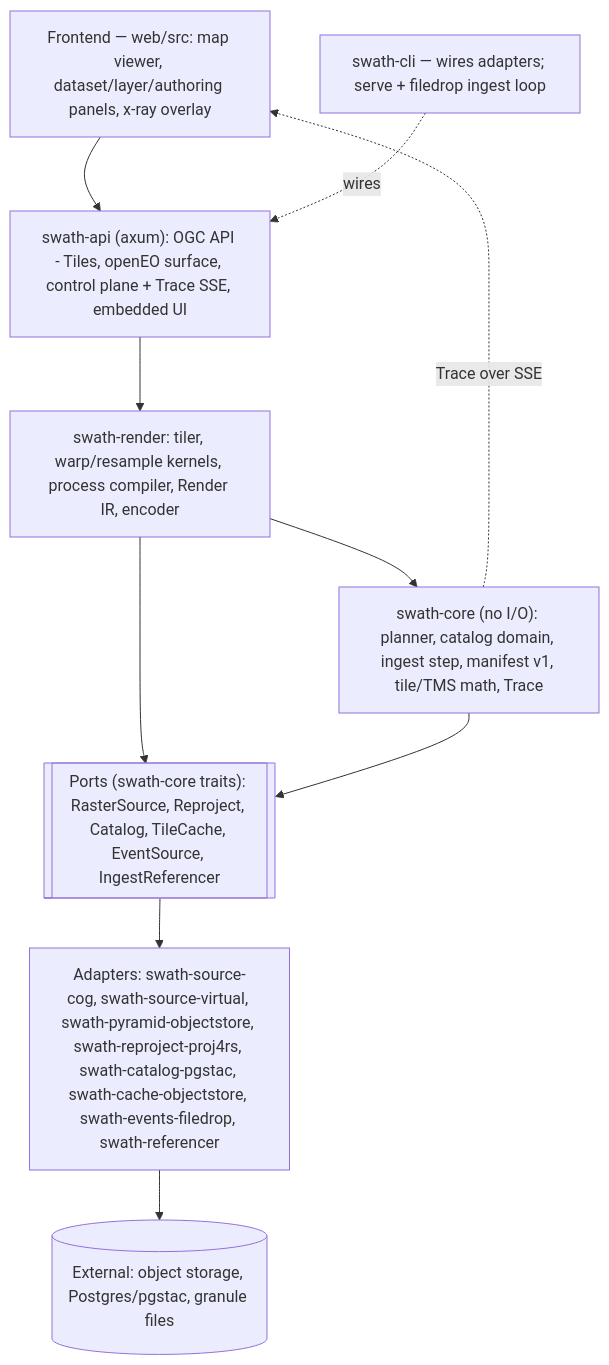
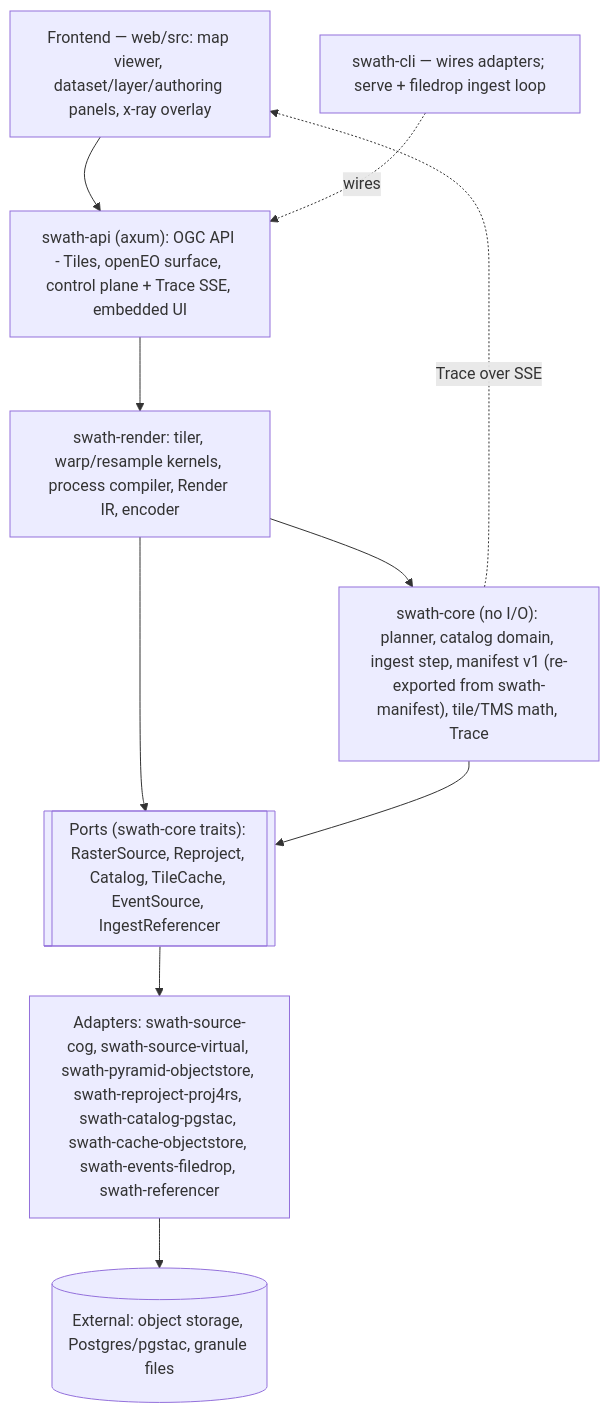
One commit to forgo/swath changed the diagram in docs/ARCHITECTURE.md. Above: the diagram before and after it, drawn with Mermaid. The commit also changed other lines of this file and 28 other files, not shown here.

First line of the commit message:
feat: extract swath-manifest — virtual-reference manifest v1 as a crate (#233)

````diff
--- a/docs/ARCHITECTURE.md
+++ b/docs/ARCHITECTURE.md
@@ -44,17 +44,17 @@
 ```mermaid
 flowchart TB
   FE["Frontend — web/src: map viewer, dataset/layer/authoring panels, x-ray overlay"]
   IN["swath-api (axum): OGC API - Tiles, openEO surface, control plane + Trace SSE, embedded UI"]
   RENDER["swath-render: tiler, warp/resample kernels, process compiler, Render IR, encoder"]
-  CORE["swath-core (no I/O): planner, catalog domain, ingest step, manifest v1, tile/TMS math, Trace"]
+  CORE["swath-core (no I/O): planner, catalog domain, ingest step, manifest v1 (re-exported from swath-manifest), tile/TMS math, Trace"]
   PORTS[["Ports (swath-core traits): RasterSource, Reproject, Catalog, TileCache, EventSource, IngestReferencer"]]
   ADS["Adapters: swath-source-cog, swath-source-virtual, swath-pyramid-objectstore, swath-reproject-proj4rs, swath-catalog-pgstac, swath-cache-objectstore, swath-events-filedrop, swath-referencer"]
   EXT[("External: object storage, Postgres/pgstac, granule files")]
   CLI["swath-cli — wires adapters; serve + filedrop ingest loop"]
 
   FE --> IN --> RENDER --> CORE
   RENDER --> PORTS
   CORE --> PORTS --> ADS --> EXT
   CLI -. wires .-> IN
   CORE -. Trace over SSE .-> FE
 ```
````
